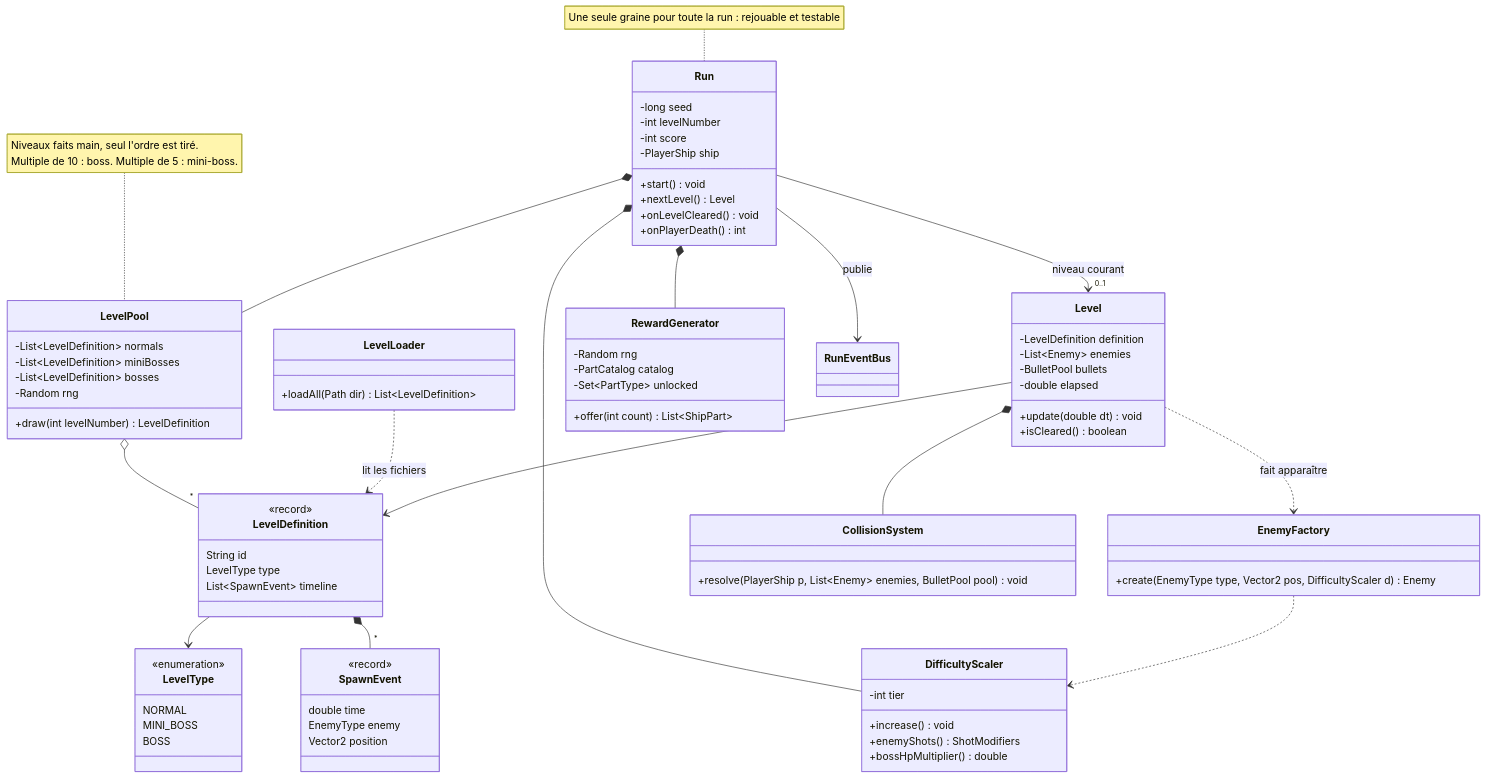
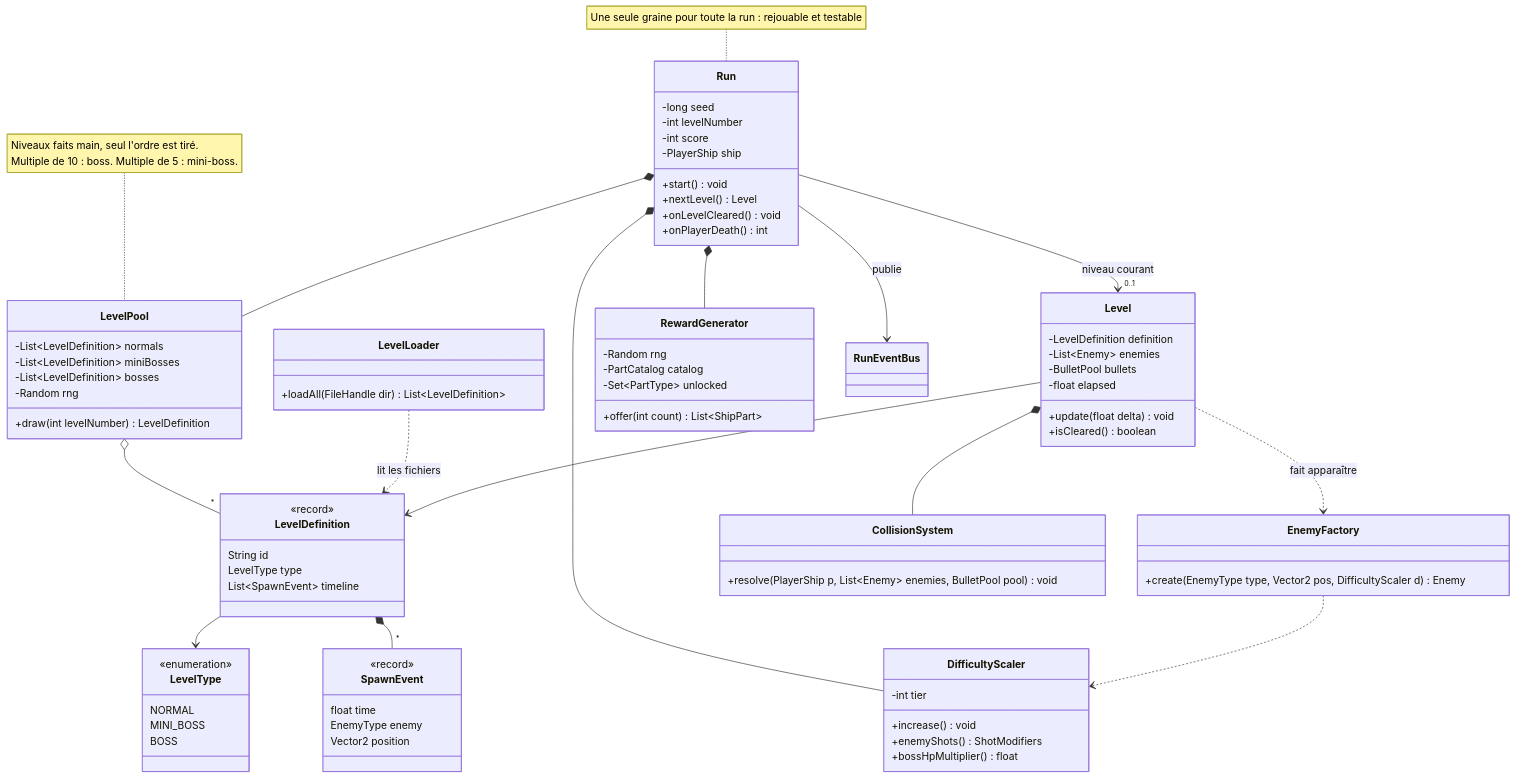
One commit to Bisiaux-dev/public-vault changed the seventh of 13 diagrams in content/2D-Game/ideas/pierre/Bullet hell roguelike - UML.md. Above: the diagram before and after it, drawn with Mermaid. The commit also changed other lines of this file and 27 other files, not shown here.

```diff
--- a/content/2D-Game/ideas/pierre/Bullet hell roguelike - UML.md
+++ b/content/2D-Game/ideas/pierre/Bullet hell roguelike - UML.md
@@ -443,19 +480,19 @@
     }
     class SpawnEvent {
         <<record>>
-        double time
+        float time
         EnemyType enemy
         Vector2 position
     }
     class LevelLoader {
-        +loadAll(Path dir) List~LevelDefinition~
+        +loadAll(FileHandle dir) List~LevelDefinition~
     }
     class Level {
         -LevelDefinition definition
         -List~Enemy~ enemies
         -BulletPool bullets
-        -double elapsed
-        +update(double dt) void
+        -float elapsed
+        +update(float delta) void
         +isCleared() boolean
     }
     class EnemyFactory {
@@ -465,7 +502,7 @@
         -int tier
         +increase() void
         +enemyShots() ShotModifiers
-        +bossHpMultiplier() double
+        +bossHpMultiplier() float
     }
     class RewardGenerator {
         -Random rng
```
